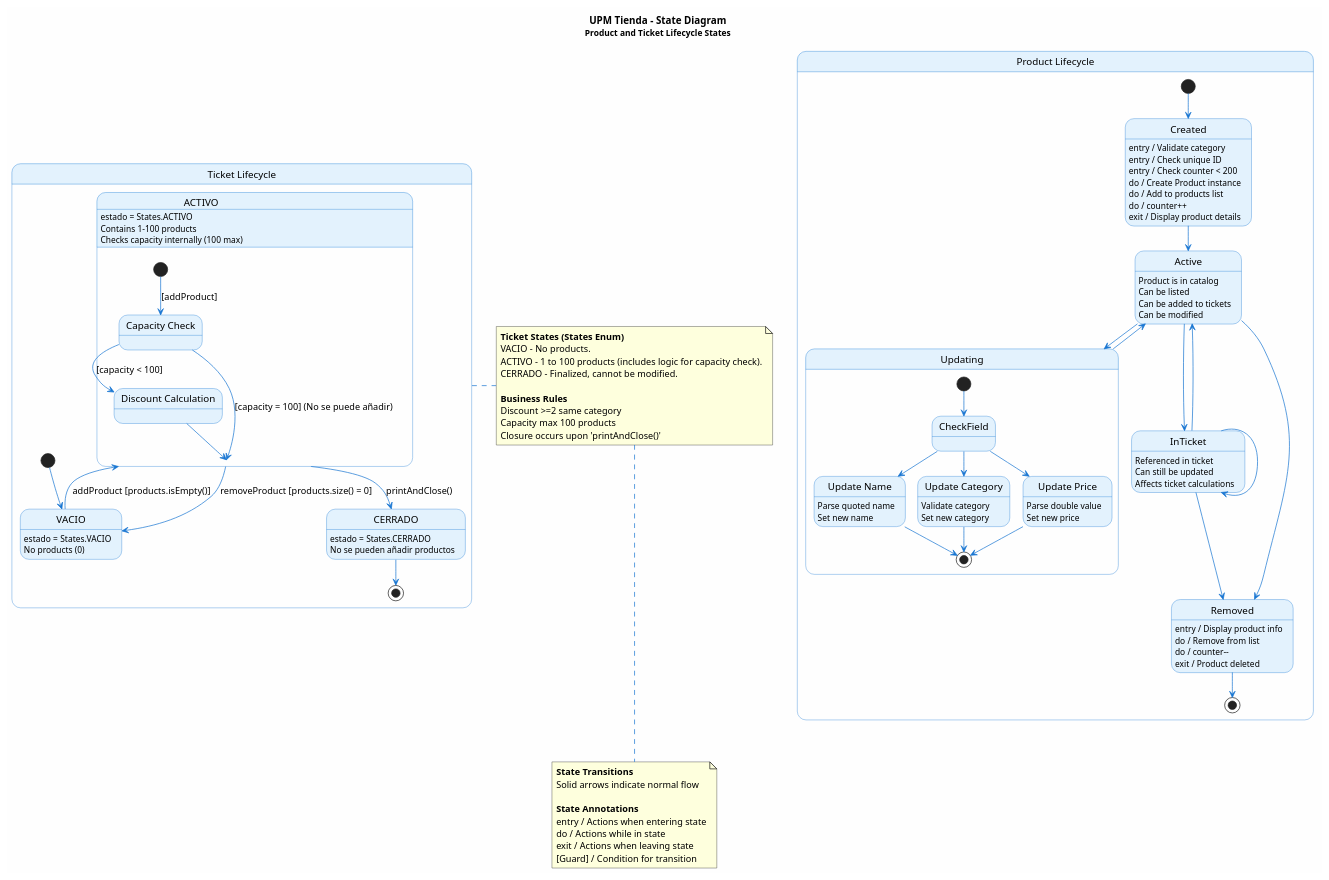
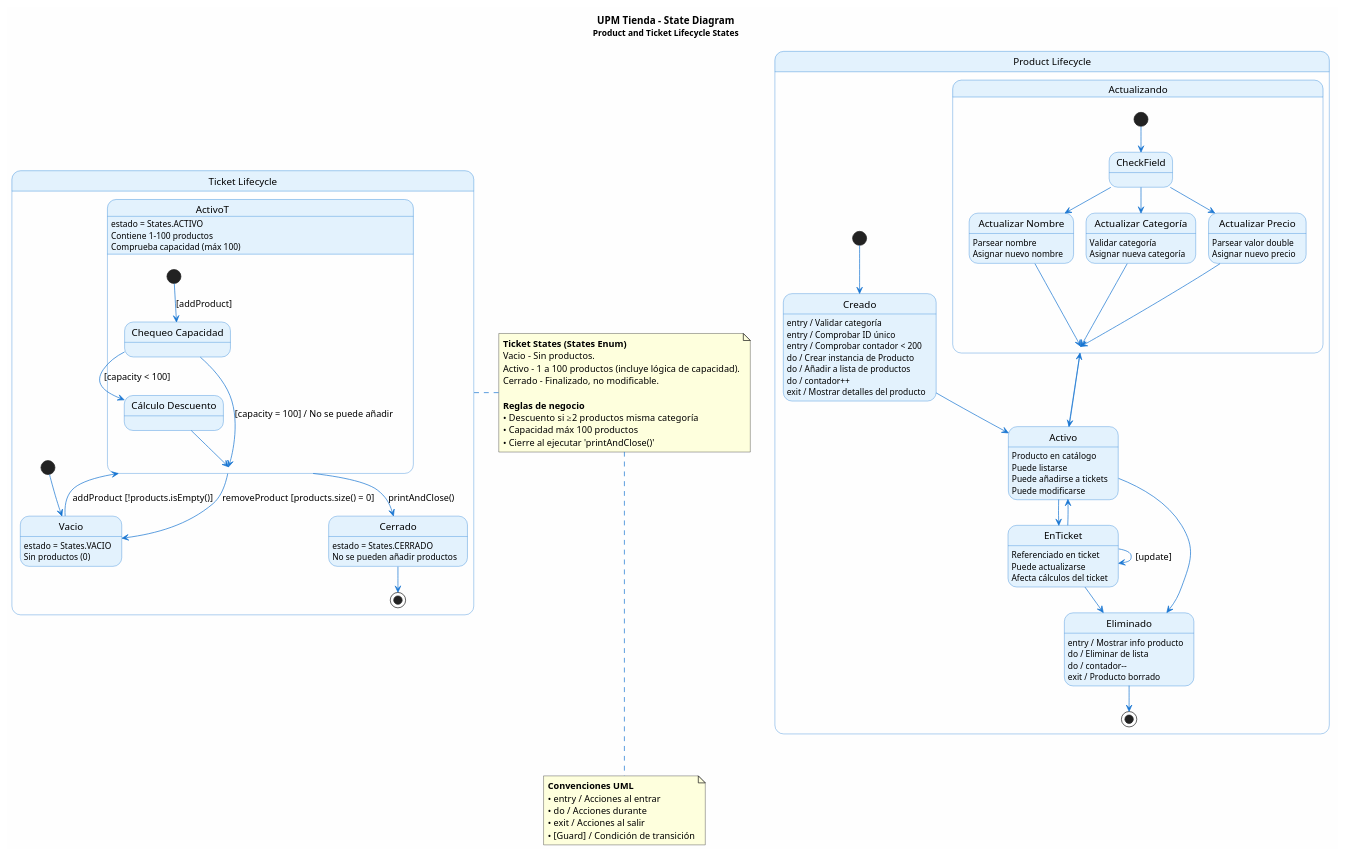
Before and after one commit to Hacking-jack/UPM_tienda: the diagram in uml/state-diagram.puml, drawn with PlantUML. The commit also changed 5 other files, not shown here.

Commit message:
uml arreglo de relaciones

```diff
--- a/uml/state-diagram.puml
+++ b/uml/state-diagram.puml
@@ -1,147 +1,144 @@
 @startuml State_Diagram
 
 skinparam backgroundColor #FEFEFE
 skinparam defaultFontName Arial
 skinparam stateBorderColor #1976D2
 skinparam stateBackgroundColor #E3F2FD
 skinparam stateArrowColor #1976D2
 
 title UPM Tienda - State Diagram\n<size:12>Product and Ticket Lifecycle States</size>
 
 state "Product Lifecycle" as ProductLife {
 
-  [*] --> Created
+  [*] --> Creado
 
-  state Created {
-    Created : entry / Validate category
-    Created : entry / Check unique ID
-    Created : entry / Check counter < 200
-    Created : do / Create Product instance
-    Created : do / Add to products list
-    Created : do / counter++
-    Created : exit / Display product details
+  state Creado {
+    Creado : entry / Validar categoría
+    Creado : entry / Comprobar ID único
+    Creado : entry / Comprobar contador < 200
+    Creado : do / Crear instancia de Producto
+    Creado : do / Añadir a lista de productos
+    Creado : do / contador++
+    Creado : exit / Mostrar detalles del producto
   }
 
-  Created --> Active
+  Creado --> Activo
 
-  state Active {
-    Active : Product is in catalog
-    Active : Can be listed
-    Active : Can be added to tickets
-    Active : Can be modified
+  state Activo {
+    Activo : Producto en catálogo
+    Activo : Puede listarse
+    Activo : Puede añadirse a tickets
+    Activo : Puede modificarse
   }
 
-  Active --> Updating
+  Activo --> Actualizando
 
-  state Updating {
-    state "Update Name" as UpdateName
-    state "Update Category" as UpdateCat
-    state "Update Price" as UpdatePrice
+  state Actualizando {
+    state "Actualizar Nombre" as UpdateName
+    state "Actualizar Categoría" as UpdateCat
+    state "Actualizar Precio" as UpdatePrice
 
     [*] --> CheckField
 
     CheckField --> UpdateName
     CheckField --> UpdateCat
     CheckField --> UpdatePrice
 
-    UpdateName : Parse quoted name
-    UpdateName : Set new name
+    UpdateName : Parsear nombre
+    UpdateName : Asignar nuevo nombre
 
-    UpdateCat : Validate category
-    UpdateCat : Set new category
+    UpdateCat : Validar categoría
+    UpdateCat : Asignar nueva categoría
 
-    UpdatePrice : Parse double value
-    UpdatePrice : Set new price
+    UpdatePrice : Parsear valor double
+    UpdatePrice : Asignar nuevo precio
 
-    UpdateName --> [*]
-    UpdateCat --> [*]
-    UpdatePrice --> [*]
+    UpdateName --> Actualizando
+    UpdateCat --> Actualizando
+    UpdatePrice --> Actualizando
   }
 
-  Updating --> Active
+  Actualizando --> Activo
 
-  Active --> InTicket
+  Activo --> EnTicket
 
-  state InTicket {
-    InTicket : Referenced in ticket
-    InTicket : Can still be updated
-    InTicket : Affects ticket calculations
+  state EnTicket {
+    EnTicket : Referenciado en ticket
+    EnTicket : Puede actualizarse
+    EnTicket : Afecta cálculos del ticket
   }
 
-  InTicket --> Active
-  InTicket --> InTicket
+  EnTicket --> Activo
+  EnTicket --> EnTicket : [update]
 
-  Active --> Removed
-  InTicket --> Removed
+  Activo --> Eliminado
+  EnTicket --> Eliminado
 
-  state Removed {
-    Removed : entry / Display product info
-    Removed : do / Remove from list
-    Removed : do / counter--
-    Removed : exit / Product deleted
+  state Eliminado {
+    Eliminado : entry / Mostrar info producto
+    Eliminado : do / Eliminar de lista
+    Eliminado : do / contador--
+    Eliminado : exit / Producto borrado
   }
 
-  Removed --> [*]
+  Eliminado --> [*]
 }
 
 state "Ticket Lifecycle" as TicketLife {
 
-  [*] --> VACIO
+  [*] --> Vacio
 
-  state VACIO {
-    VACIO : estado = States.VACIO
-    VACIO : No products (0)
+  state Vacio {
+    Vacio : estado = States.VACIO
+    Vacio : Sin productos (0)
   }
 
-  state ACTIVO {
-    ACTIVO : estado = States.ACTIVO
-    ACTIVO : Contains 1-100 products
-    ACTIVO : Checks capacity internally (100 max)
+  state ActivoT {
+    ActivoT : estado = States.ACTIVO
+    ActivoT : Contiene 1-100 productos
+    ActivoT : Comprueba capacidad (máx 100)
 
-    state "Capacity Check" as CapCheck
-    state "Discount Calculation" as DiscountCalc
+    state "Chequeo Capacidad" as CapCheck
+    state "Cálculo Descuento" as DiscountCalc
 
     [*] --> CapCheck : [addProduct]
     CapCheck --> DiscountCalc : [capacity < 100]
-    CapCheck --> ACTIVO : [capacity = 100] (No se puede añadir)
+    CapCheck --> ActivoT : [capacity = 100] / No se puede añadir
 
-    DiscountCalc --> ACTIVO
+    DiscountCalc --> ActivoT
   }
 
-  state CERRADO {
-    CERRADO : estado = States.CERRADO
-    CERRADO : No se pueden añadir productos
+  state Cerrado {
+    Cerrado : estado = States.CERRADO
+    Cerrado : No se pueden añadir productos
   }
 
-  VACIO --> ACTIVO : addProduct [products.isEmpty()]
-  ACTIVO --> VACIO : removeProduct [products.size() = 0]
+  Vacio --> ActivoT : addProduct [!products.isEmpty()]
+  ActivoT --> Vacio : removeProduct [products.size() = 0]
 
-  ACTIVO --> CERRADO : printAndClose()
+  ActivoT --> Cerrado : printAndClose()
 
-  CERRADO --> [*]
+  Cerrado --> [*]
 }
 
 note right of TicketLife
   <b>Ticket States (States Enum)</b>
-  VACIO - No products.
-  ACTIVO - 1 to 100 products (includes logic for capacity check).
-  CERRADO - Finalized, cannot be modified.
+  Vacio - Sin productos.
+  Activo - 1 a 100 productos (incluye lógica de capacidad).
+  Cerrado - Finalizado, no modificable.
 
-  <b>Business Rules</b>
-  Discount >=2 same category
-  Capacity max 100 products
-  Closure occurs upon 'printAndClose()'
+  <b>Reglas de negocio</b>
+  • Descuento si ≥2 productos misma categoría
+  • Capacidad máx 100 productos
+  • Cierre al ejecutar 'printAndClose()'
 end note
 
 note bottom
-  <b>State Transitions</b>
-  Solid arrows indicate normal flow
-
-  <b>State Annotations</b>
-  entry / Actions when entering state
-  do / Actions while in state
-  exit / Actions when leaving state
-  [Guard] / Condition for transition
+  <b>Convenciones UML</b>
+  • entry / Acciones al entrar
+  • do / Acciones durante
+  • exit / Acciones al salir
+  • [Guard] / Condición de transición
 end note
 
 @enduml
```
